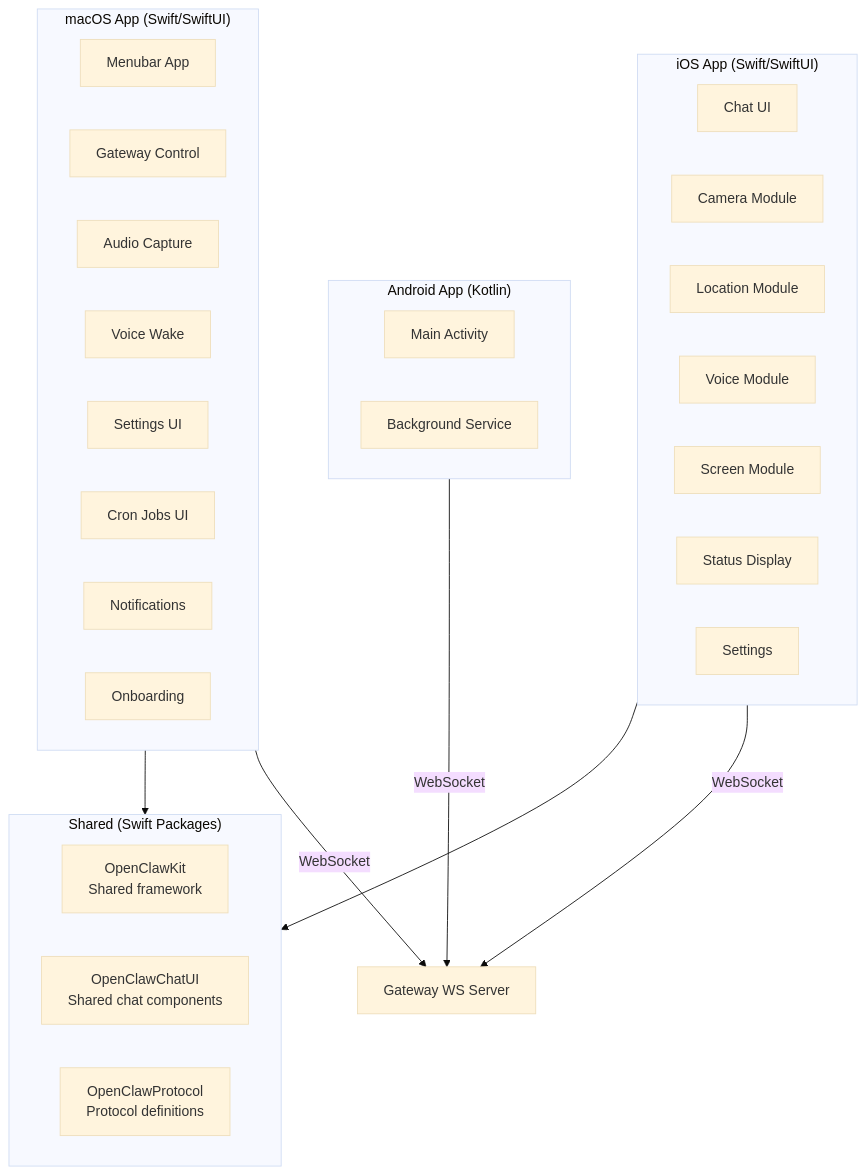
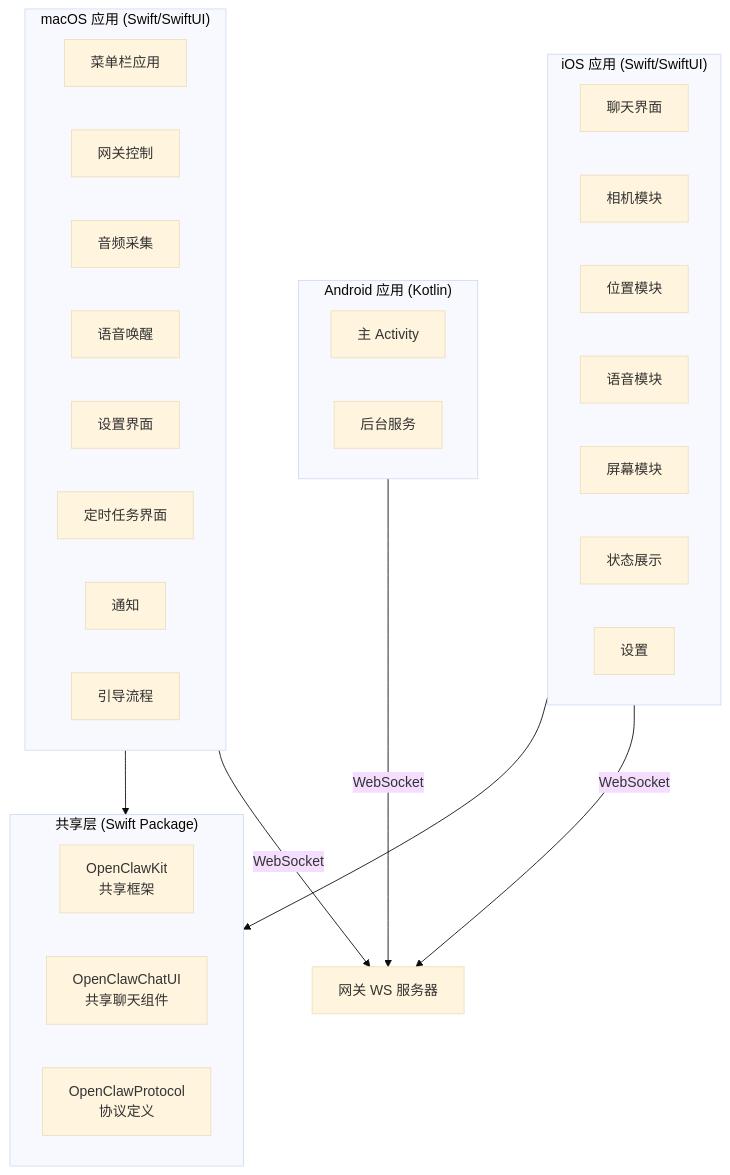
One commit to dqaria/openclaw changed diagram 11 of 15 in docs/reference/architecture.md. Above: the diagram before and after it, drawn with Mermaid (base theme). The commit also changed other lines of this file, not shown here.

First line of the commit message:
docs: rewrite architecture documentation in Chinese

````diff
--- a/docs/reference/architecture.md
+++ b/docs/reference/architecture.md
@@ -523,38 +523,38 @@
 ```mermaid
 graph TB
-    subgraph macOS["macOS App (Swift/SwiftUI)"]
-        MENU[Menubar App]
-        GW_CTRL[Gateway Control]
-        AUDIO_CAP[Audio Capture]
-        VOICE_WAKE[Voice Wake]
-        SETTINGS[Settings UI]
-        CRON_UI[Cron Jobs UI]
-        NOTIF[Notifications]
-        ONBOARD_MAC[Onboarding]
+    subgraph macOS["macOS 应用 (Swift/SwiftUI)"]
+        MENU[菜单栏应用]
+        GW_CTRL[网关控制]
+        AUDIO_CAP[音频采集]
+        VOICE_WAKE[语音唤醒]
+        SETTINGS[设置界面]
+        CRON_UI[定时任务界面]
+        NOTIF[通知]
+        ONBOARD_MAC[引导流程]
     end
 
-    subgraph iOS["iOS App (Swift/SwiftUI)"]
-        CHAT_UI[Chat UI]
-        CAMERA[Camera Module]
-        LOCATION[Location Module]
-        VOICE_IOS[Voice Module]
-        SCREEN[Screen Module]
-        STATUS_IOS[Status Display]
-        SETTINGS_IOS[Settings]
+    subgraph iOS["iOS 应用 (Swift/SwiftUI)"]
+        CHAT_UI[聊天界面]
+        CAMERA[相机模块]
+        LOCATION[位置模块]
+        VOICE_IOS[语音模块]
+        SCREEN[屏幕模块]
+        STATUS_IOS[状态展示]
+        SETTINGS_IOS[设置]
     end
 
-    subgraph Android["Android App (Kotlin)"]
-        ANDROID_MAIN[Main Activity]
-        ANDROID_SVC[Background Service]
+    subgraph Android["Android 应用 (Kotlin)"]
+        ANDROID_MAIN[主 Activity]
+        ANDROID_SVC[后台服务]
     end
 
-    subgraph Shared["Shared (Swift Packages)"]
-        KIT[OpenClawKit<br/>Shared framework]
-        CHAT_SHARED[OpenClawChatUI<br/>Shared chat components]
-        PROTO[OpenClawProtocol<br/>Protocol definitions]
+    subgraph Shared["共享层 (Swift Package)"]
+        KIT["OpenClawKit<br/>共享框架"]
+        CHAT_SHARED["OpenClawChatUI<br/>共享聊天组件"]
+        PROTO["OpenClawProtocol<br/>协议定义"]
     end
 
     macOS --> Shared
     iOS --> Shared
-    macOS & iOS & Android -->|WebSocket| GW_WS[Gateway WS Server]
+    macOS & iOS & Android -->|WebSocket| GW_WS[网关 WS 服务器]
 ```
````
